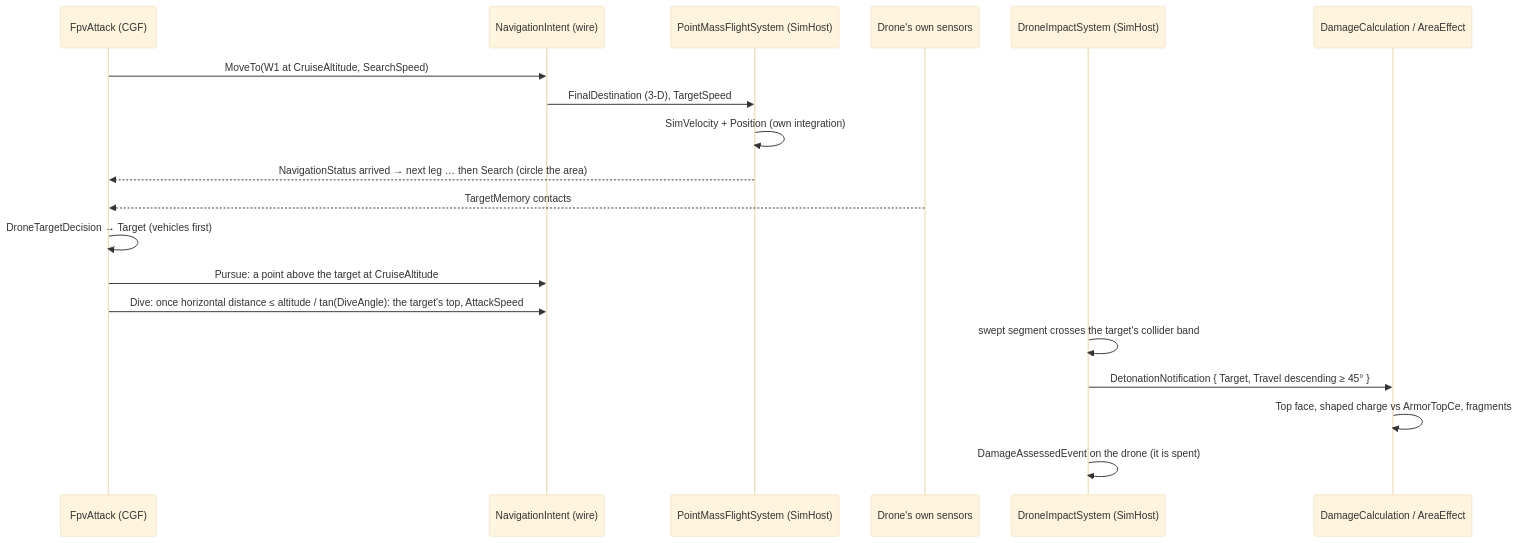
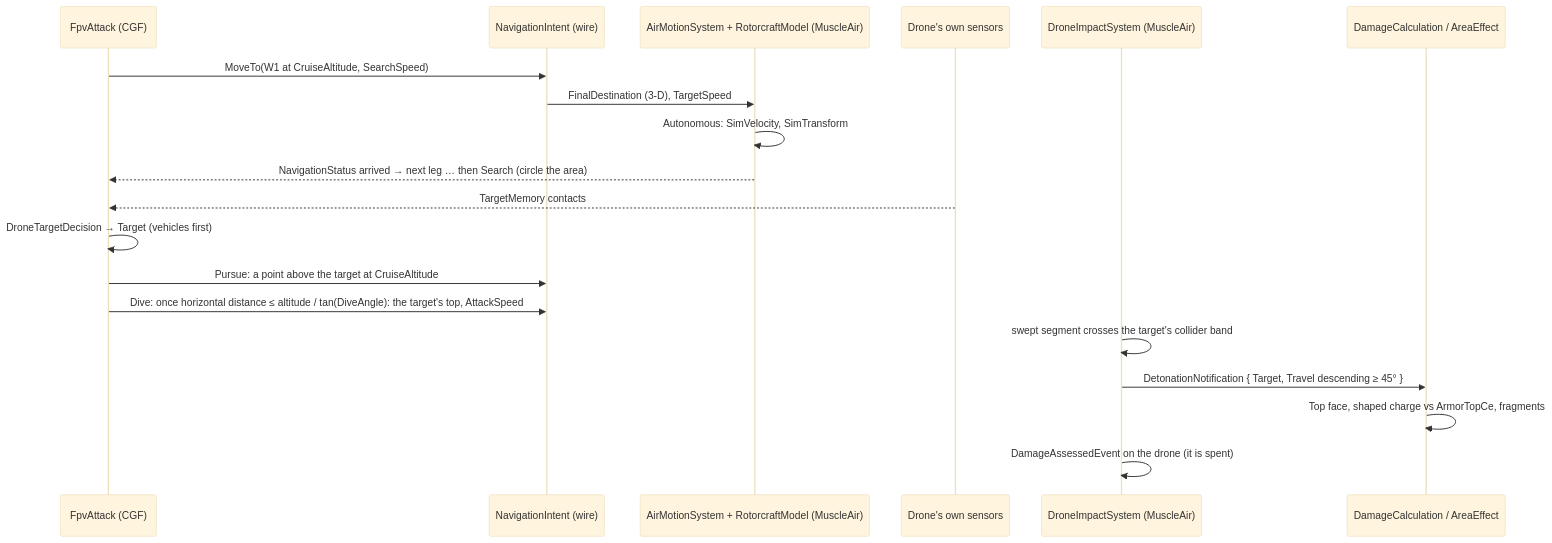
Before and after one commit to pjanec/HROT: the second of 3 diagrams in docs/designs/vehicle-tactics/DESIGN_FPV_Drone.md, drawn with Mermaid (base theme). The commit also changed other lines of this file and 2 other files, not shown here.

First line of the commit message:
Motion domains approved (MD-A..MD-H); the FPV drone flies as a RotorcraftModel

````diff
--- a/docs/designs/vehicle-tactics/DESIGN_FPV_Drone.md
+++ b/docs/designs/vehicle-tactics/DESIGN_FPV_Drone.md
@@ -142,21 +130,21 @@
 ```mermaid
 sequenceDiagram
   participant B as FpvAttack (CGF)
   participant N as NavigationIntent (wire)
-  participant F as PointMassFlightSystem (SimHost)
+  participant A as AirMotionSystem + RotorcraftModel (MuscleAir)
   participant S as Drone's own sensors
-  participant I as DroneImpactSystem (SimHost)
+  participant I as DroneImpactSystem (MuscleAir)
   participant D as DamageCalculation / AreaEffect
   B->>N: MoveTo(W1 at CruiseAltitude, SearchSpeed)
-  N->>F: FinalDestination (3-D), TargetSpeed
-  F->>F: SimVelocity + Position (own integration)
-  F-->>B: NavigationStatus arrived → next leg … then Search (circle the area)
+  N->>A: FinalDestination (3-D), TargetSpeed
+  A->>A: Autonomous: SimVelocity, SimTransform
+  A-->>B: NavigationStatus arrived → next leg … then Search (circle the area)
   S-->>B: TargetMemory contacts
   B->>B: DroneTargetDecision → Target (vehicles first)
   B->>N: Pursue: a point above the target at CruiseAltitude
   B->>N: Dive: once horizontal distance ≤ altitude / tan(DiveAngle): the target's top, AttackSpeed
   I->>I: swept segment crosses the target's collider band
   I->>D: DetonationNotification { Target, Travel descending ≥ 45° }
   D->>D: Top face, shaped charge vs ArmorTopCe, fragments
   I->>I: DamageAssessedEvent on the drone (it is spent)
 ```
````
